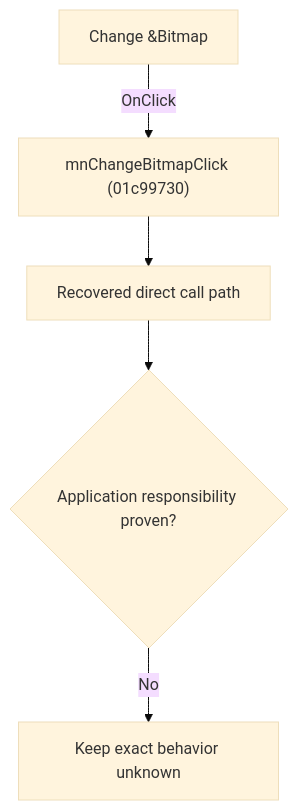
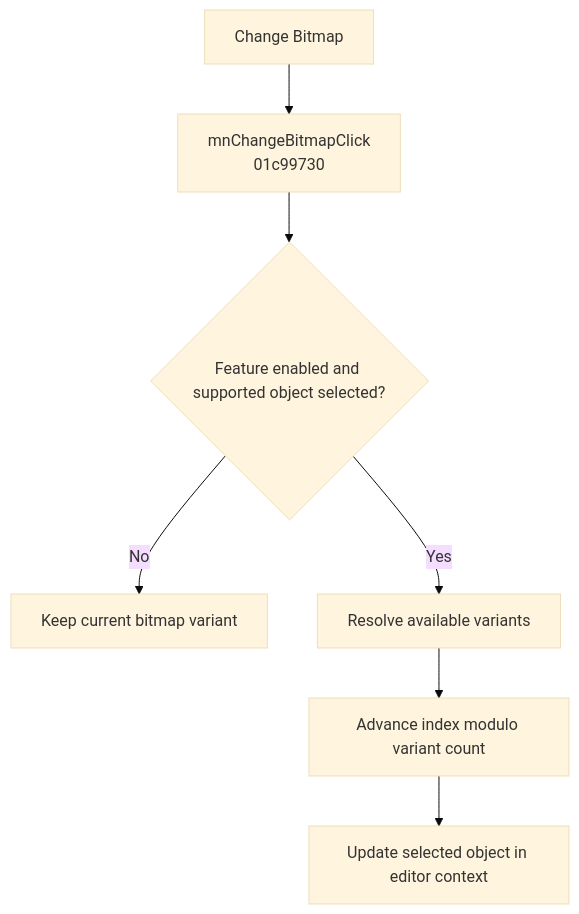
One commit to MovGP0/TIARA changed the diagram in docs/ui-controls/schematiceditor/mnchangebitmap-1a219a4a11.md. Above: the diagram before and after it, drawn with Mermaid (base theme). The commit also changed other lines of this file and 241 other files, not shown here.

````diff
--- a/docs/ui-controls/schematiceditor/mnchangebitmap-1a219a4a11.md
+++ b/docs/ui-controls/schematiceditor/mnchangebitmap-1a219a4a11.md
@@ -27,7 +29,9 @@
 ```mermaid
 flowchart TD
-    control["Change &Bitmap"] -->|"OnClick"| handler["mnChangeBitmapClick (01c99730)"]
-    handler --> recovered["Recovered direct call path"]
-    recovered --> gap{"Application responsibility proven?"}
-    gap -->|"No"| blocked["Keep exact behavior unknown"]
+    control["Change Bitmap"] --> handler["mnChangeBitmapClick<br/>01c99730"]
+    handler --> eligible{"Feature enabled and supported object selected?"}
+    eligible -->|"No"| noOp["Keep current bitmap variant"]
+    eligible -->|"Yes"| resolve["Resolve available variants"]
+    resolve --> cycle["Advance index modulo variant count"]
+    cycle --> update["Update selected object in editor context"]
 ```
````
